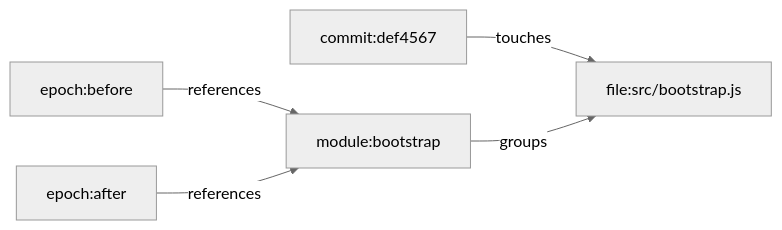
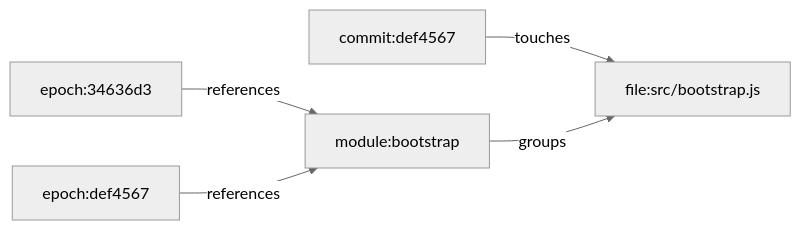
Before and after one commit to flyingrobots/git-mind: the fifth of 5 diagrams in docs/design/graph-data-model.md, drawn with Mermaid (neutral theme). The commit also changed 3 other files, not shown here.

Commit message:
docs: tighten graph system id examples (#322)

````diff
--- a/docs/design/graph-data-model.md
+++ b/docs/design/graph-data-model.md
@@ -309,7 +309,7 @@
 ```mermaid
 flowchart LR
-    Old["epoch:before"] -->|references| Module["module:bootstrap"]
+    Old["epoch:34636d3"] -->|references| Module["module:bootstrap"]
     Change["commit:def4567"] -->|touches| File["file:src/bootstrap.js"]
     Module -->|groups| File
-    New["epoch:after"] -->|references| Module
+    New["epoch:def4567"] -->|references| Module
 ```
````
